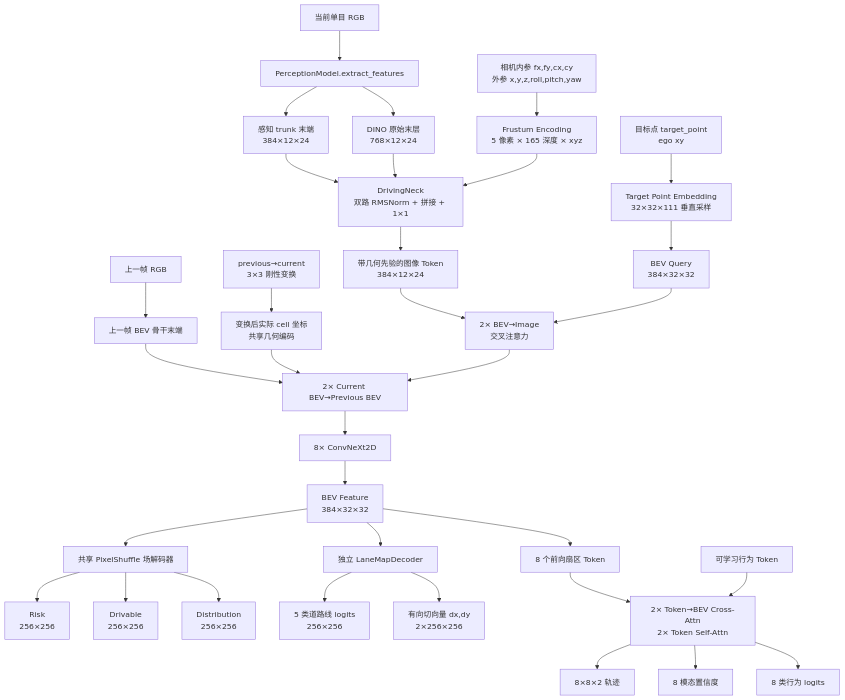
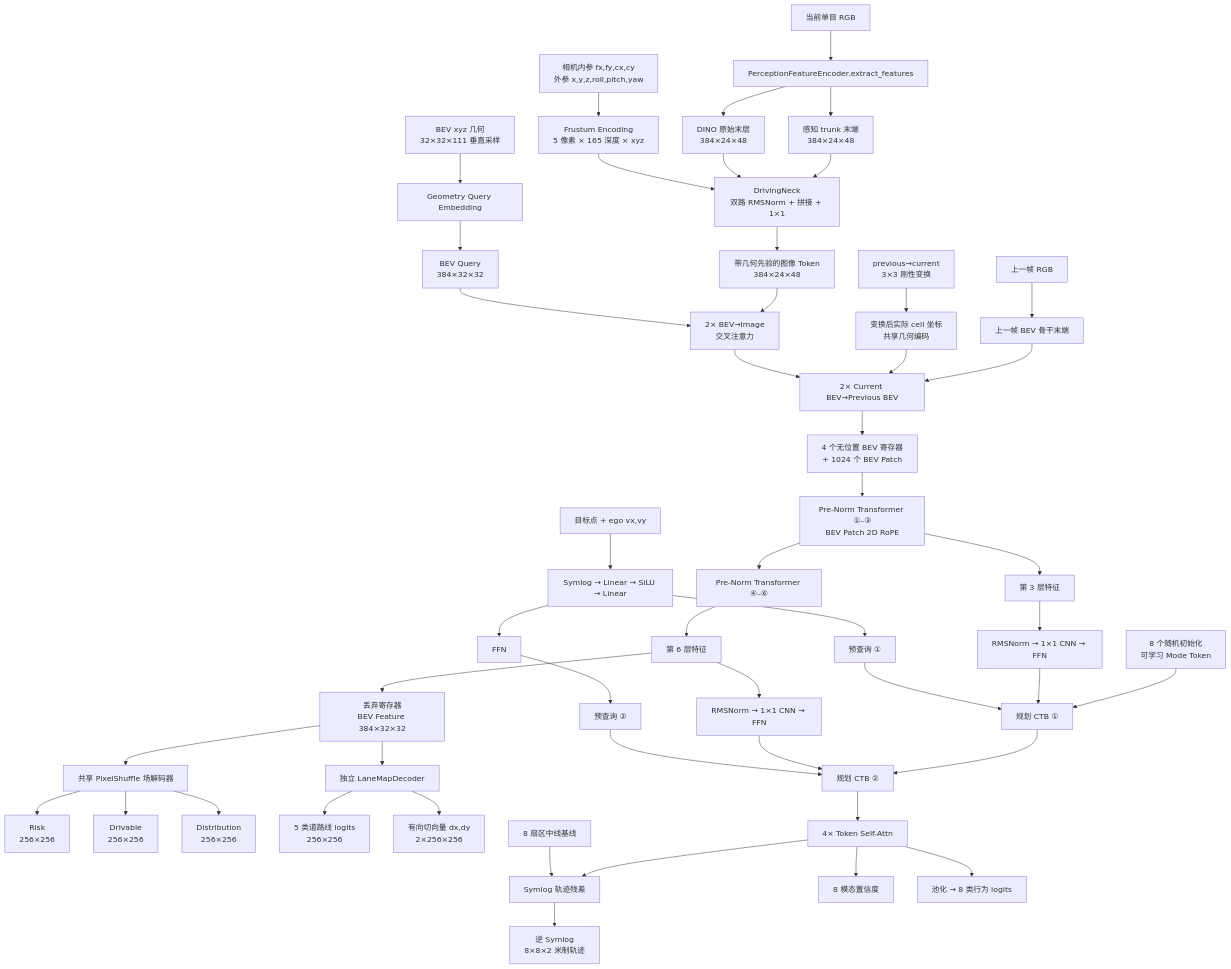
Before and after one commit to ByteDriveTeam/ByteDrive-Toy: the fourth of 9 diagrams in README.md, drawn with Mermaid. The commit also changed other lines of this file and 44 other files, not shown here.

````diff
--- a/README.md
+++ b/README.md
@@ -264,39 +274,52 @@
 ```mermaid
 flowchart TB
-    RGB["当前单目 RGB"] --> P["PerceptionModel.extract_features"]
-    P --> T["感知 trunk 末端<br/>384×12×24"]
-    P --> R["DINO 原始末层<br/>768×12×24"]
+    RGB["当前单目 RGB"] --> P["PerceptionFeatureEncoder.extract_features"]
+    P --> T["感知 trunk 末端<br/>384×24×48"]
+    P --> R["DINO 原始末层<br/>384×24×48"]
 
     T --> NECK["DrivingNeck<br/>双路 RMSNorm + 拼接 + 1×1"]
     R --> NECK
     CALIB["相机内参 fx,fy,cx,cy<br/>外参 x,y,z,roll,pitch,yaw"] --> FR["Frustum Encoding<br/>5 像素 × 165 深度 × xyz"]
     FR --> NECK
-    NECK --> IMG["带几何先验的图像 Token<br/>384×12×24"]
+    NECK --> IMG["带几何先验的图像 Token<br/>384×24×48"]
 
-    TARGET["目标点 target_point<br/>ego xy"] --> QUERY["Target Point Embedding<br/>32×32×111 垂直采样"]
+    GRID["BEV xyz 几何<br/>32×32×111 垂直采样"] --> QUERY["Geometry Query Embedding"]
     QUERY --> BEVQ["BEV Query<br/>384×32×32"]
     IMG --> CROSS["2× BEV→Image<br/>交叉注意力"]
     BEVQ --> CROSS
     PRGB["上一帧 RGB"] --> PBEV["上一帧 BEV 骨干末端"]
     TF["previous→current<br/>3×3 刚性变换"] --> PGEOM["变换后实际 cell 坐标<br/>共享几何编码"]
     PBEV --> TCROSS["2× Current BEV→Previous BEV"]
     PGEOM --> TCROSS
-    CROSS --> TCROSS --> CNX["8× ConvNeXt2D"]
-    CNX --> BEV["BEV Feature<br/>384×32×32"]
+    CROSS --> TCROSS --> SEQ["4 个无位置 BEV 寄存器<br/>+ 1024 个 BEV Patch"]
+    SEQ --> TRANS3["Pre-Norm Transformer ①–③<br/>BEV Patch 2D RoPE"]
+    TRANS3 --> F3["第 3 层特征"]
+    TRANS3 --> TRANS6["Pre-Norm Transformer ④–⑥"]
+    TRANS6 --> F6["第 6 层特征"]
+    F6 --> BEV["丢弃寄存器<br/>BEV Feature 384×32×32"]
 
     BEV --> FIELD["共享 PixelShuffle 场解码器"]
     FIELD --> RISK["Risk<br/>256×256"]
     FIELD --> DRIVE["Drivable<br/>256×256"]
     FIELD --> DIST["Distribution<br/>256×256"]
 
     BEV --> LANE["独立 LaneMapDecoder"]
     LANE --> LCLS["5 类道路线 logits<br/>256×256"]
     LANE --> LDIR["有向切向量 dx,dy<br/>2×256×256"]
 
-    BEV --> SECTOR["8 个前向扇区 Token"]
-    SECTOR --> JOINT["2× Token→BEV Cross-Attn<br/>2× Token Self-Attn"]
-    BEHAV["可学习行为 Token"] --> JOINT
-    JOINT --> TRAJ["8×8×2 轨迹"]
-    JOINT --> CONF["8 模态置信度"]
-    JOINT --> ACT["8 类行为 logits"]
+    COND["目标点 + ego vx,vy"] --> SYM["Symlog → Linear → SiLU → Linear"]
+    SYM --> Q1["预查询 ①"]
+    SYM --> PPN["FFN"] --> Q2["预查询 ②"]
+    MODE["8 个随机初始化<br/>可学习 Mode Token"] --> CTB1["规划 CTB ①"]
+    F3 --> A1["RMSNorm → 1×1 CNN → FFN"] --> CTB1
+    Q1 --> CTB1
+    CTB1 --> CTB2["规划 CTB ②"]
+    F6 --> A2["RMSNorm → 1×1 CNN → FFN"] --> CTB2
+    Q2 --> CTB2
+    CTB2 --> PTB["4× Token Self-Attn"]
+    PTB --> RES["Symlog 轨迹残差"]
+    BASE["8 扇区中线基线"] --> RES
+    RES --> TRAJ["逆 Symlog<br/>8×8×2 米制轨迹"]
+    PTB --> CONF["8 模态置信度"]
+    PTB --> ACT["池化 → 8 类行为 logits"]
 ```
````
